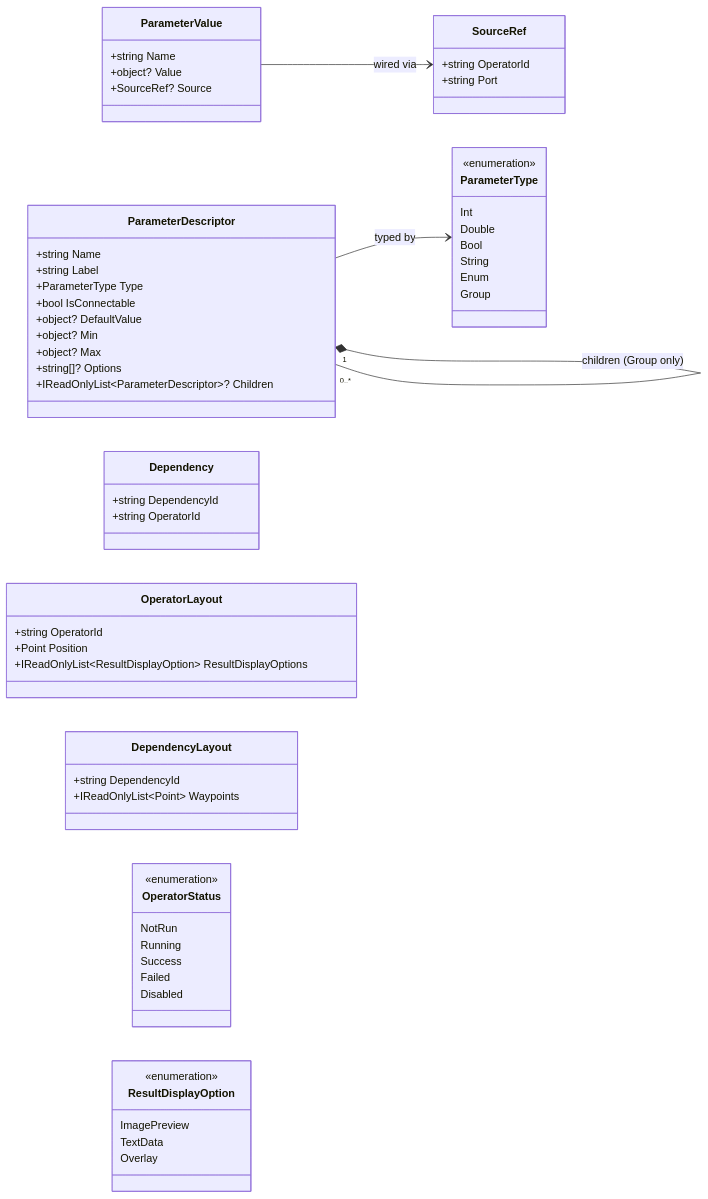
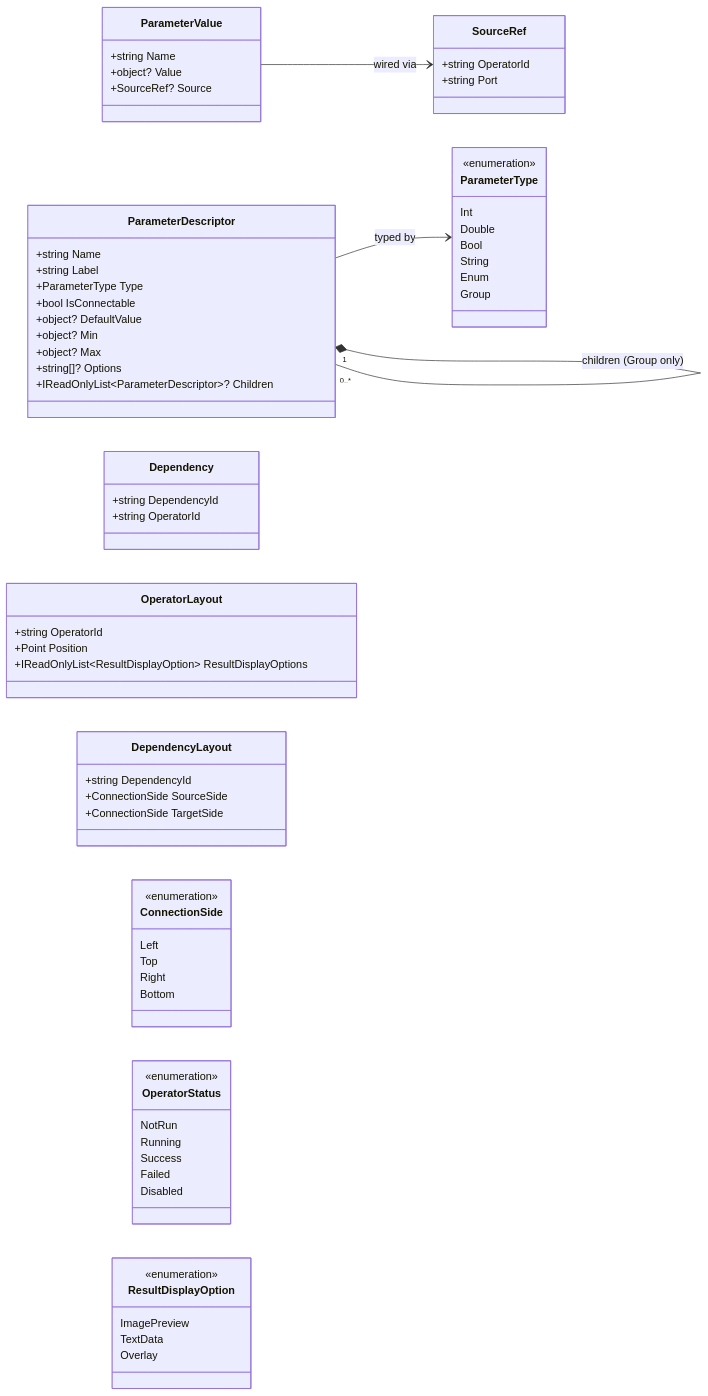
The second of 2 diagrams in docs/DESIGN.md (yoavmil/IPLab), drawn with Mermaid before and after one commit. The commit also changed other lines of this file and 6 other files, not shown here.

First line of the commit message:
add connection side support to node graph

````diff
--- a/docs/DESIGN.md
+++ b/docs/DESIGN.md
@@ -65,73 +65,82 @@
 ```mermaid
 classDiagram
     direction LR
 
     class ParameterValue {
         +string Name
         +object? Value
         +SourceRef? Source
     }
 
     class SourceRef {
         +string OperatorId
         +string Port
     }
 
     class ParameterDescriptor {
         +string Name
         +string Label
         +ParameterType Type
         +bool IsConnectable
         +object? DefaultValue
         +object? Min
         +object? Max
         +string[]? Options
         +IReadOnlyList~ParameterDescriptor~? Children
     }
 
     class ParameterType {
         <<enumeration>>
         Int
         Double
         Bool
         String
         Enum
         Group
     }
 
     class Dependency {
         +string DependencyId
         +string OperatorId
     }
 
     class OperatorLayout {
         +string OperatorId
         +Point Position
         +IReadOnlyList~ResultDisplayOption~ ResultDisplayOptions
     }
 
     class DependencyLayout {
         +string DependencyId
-        +IReadOnlyList~Point~ Waypoints
+        +ConnectionSide SourceSide
+        +ConnectionSide TargetSide
+    }
+
+    class ConnectionSide {
+        <<enumeration>>
+        Left
+        Top
+        Right
+        Bottom
     }
 
     class OperatorStatus {
         <<enumeration>>
         NotRun
         Running
         Success
         Failed
         Disabled
     }
 
     class ResultDisplayOption {
         <<enumeration>>
         ImagePreview
         TextData
         Overlay
     }
 
     ParameterValue --> SourceRef : wired via
     ParameterDescriptor --> ParameterType : typed by
     ParameterDescriptor "1" *-- "0..*" ParameterDescriptor : children (Group only)
 ```
````
